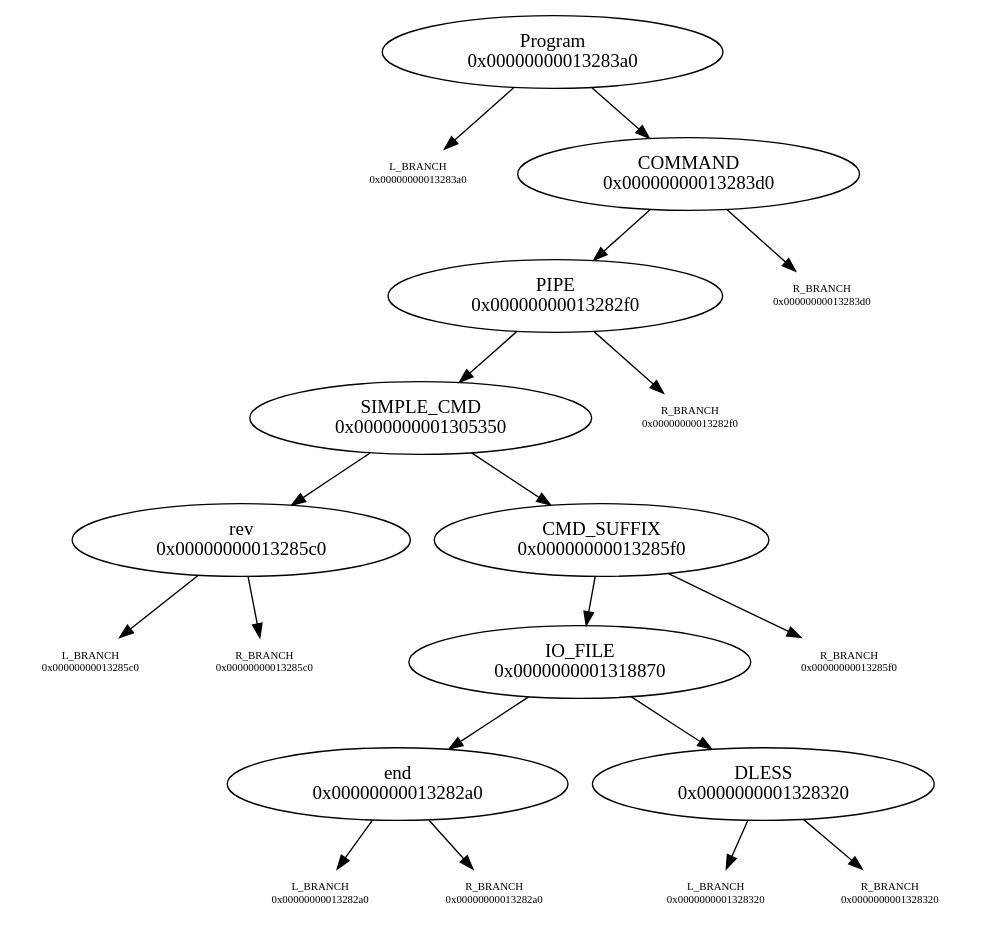
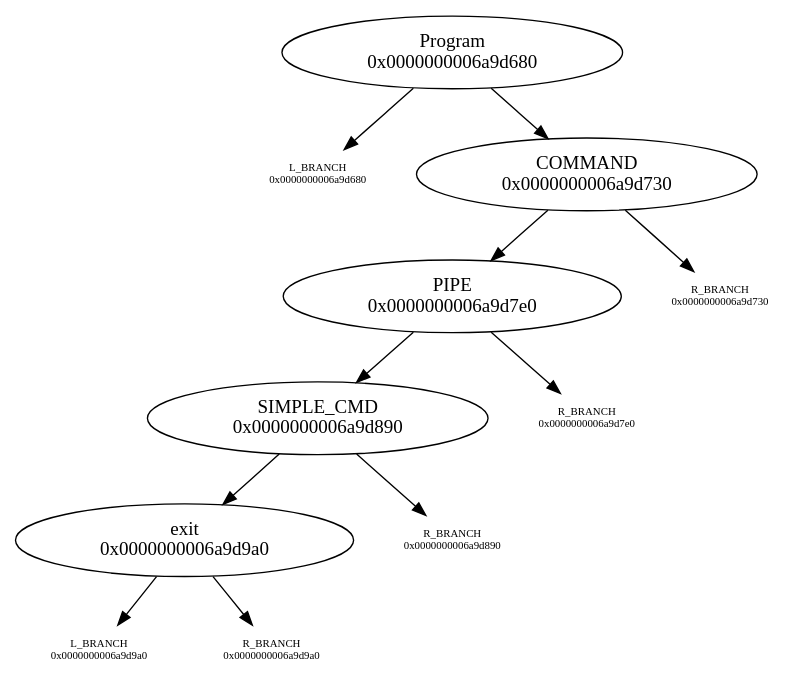
Before and after one commit to N-4-Nina/Minishell: the diagram in graph.dot, drawn with Graphviz. The commit also changed 25 other files, not shown here.

```diff
--- a/graph.dot
+++ b/graph.dot
@@ -1,31 +1,19 @@
 digraph graphname {
-"Program\n0x00000000013283a0" -> "L_BRANCH\n0x00000000013283a0";
-"L_BRANCH\n0x00000000013283a0" [shape=none fontsize=8]
-"Program\n0x00000000013283a0" -> "COMMAND\n0x00000000013283d0";
-"COMMAND\n0x00000000013283d0" -> "PIPE\n0x00000000013282f0";
-"COMMAND\n0x00000000013283d0" -> "R_BRANCH\n0x00000000013283d0";
-"R_BRANCH\n0x00000000013283d0" [shape=none fontsize=8]
-"PIPE\n0x00000000013282f0" -> "SIMPLE_CMD\n0x0000000001305350";
-"PIPE\n0x00000000013282f0" -> "R_BRANCH\n0x00000000013282f0";
-"R_BRANCH\n0x00000000013282f0" [shape=none fontsize=8]
-"SIMPLE_CMD\n0x0000000001305350" -> "rev\n0x00000000013285c0";
-"SIMPLE_CMD\n0x0000000001305350" -> "CMD_SUFFIX\n0x00000000013285f0";
-"rev\n0x00000000013285c0" -> "L_BRANCH\n0x00000000013285c0";
-"L_BRANCH\n0x00000000013285c0" [shape=none fontsize=8]
-"rev\n0x00000000013285c0" -> "R_BRANCH\n0x00000000013285c0";
-"R_BRANCH\n0x00000000013285c0" [shape=none fontsize=8]
-"CMD_SUFFIX\n0x00000000013285f0" -> "IO_FILE\n0x0000000001318870";
-"CMD_SUFFIX\n0x00000000013285f0" -> "R_BRANCH\n0x00000000013285f0";
-"R_BRANCH\n0x00000000013285f0" [shape=none fontsize=8]
-"IO_FILE\n0x0000000001318870" -> "end\n0x00000000013282a0";
-"IO_FILE\n0x0000000001318870" -> "DLESS\n0x0000000001328320";
-"end\n0x00000000013282a0" -> "L_BRANCH\n0x00000000013282a0";
-"L_BRANCH\n0x00000000013282a0" [shape=none fontsize=8]
-"end\n0x00000000013282a0" -> "R_BRANCH\n0x00000000013282a0";
-"R_BRANCH\n0x00000000013282a0" [shape=none fontsize=8]
-"DLESS\n0x0000000001328320" -> "L_BRANCH\n0x0000000001328320";
-"L_BRANCH\n0x0000000001328320" [shape=none fontsize=8]
-"DLESS\n0x0000000001328320" -> "R_BRANCH\n0x0000000001328320";
-"R_BRANCH\n0x0000000001328320" [shape=none fontsize=8]
+"Program\n0x0000000006a9d680" -> "L_BRANCH\n0x0000000006a9d680";
+"L_BRANCH\n0x0000000006a9d680" [shape=none fontsize=8]
+"Program\n0x0000000006a9d680" -> "COMMAND\n0x0000000006a9d730";
+"COMMAND\n0x0000000006a9d730" -> "PIPE\n0x0000000006a9d7e0";
+"COMMAND\n0x0000000006a9d730" -> "R_BRANCH\n0x0000000006a9d730";
+"R_BRANCH\n0x0000000006a9d730" [shape=none fontsize=8]
+"PIPE\n0x0000000006a9d7e0" -> "SIMPLE_CMD\n0x0000000006a9d890";
+"PIPE\n0x0000000006a9d7e0" -> "R_BRANCH\n0x0000000006a9d7e0";
+"R_BRANCH\n0x0000000006a9d7e0" [shape=none fontsize=8]
+"SIMPLE_CMD\n0x0000000006a9d890" -> "exit\n0x0000000006a9d9a0";
+"SIMPLE_CMD\n0x0000000006a9d890" -> "R_BRANCH\n0x0000000006a9d890";
+"R_BRANCH\n0x0000000006a9d890" [shape=none fontsize=8]
+"exit\n0x0000000006a9d9a0" -> "L_BRANCH\n0x0000000006a9d9a0";
+"L_BRANCH\n0x0000000006a9d9a0" [shape=none fontsize=8]
+"exit\n0x0000000006a9d9a0" -> "R_BRANCH\n0x0000000006a9d9a0";
+"R_BRANCH\n0x0000000006a9d9a0" [shape=none fontsize=8]
 
 }
```
